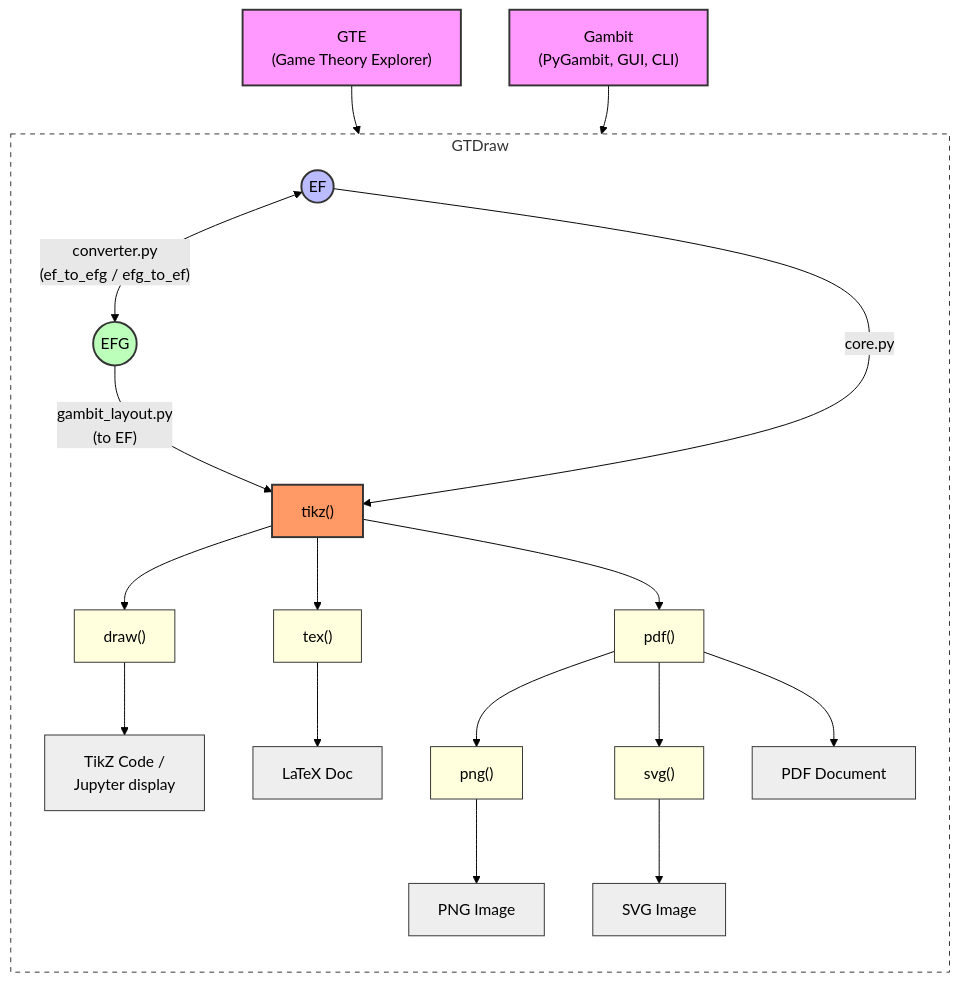
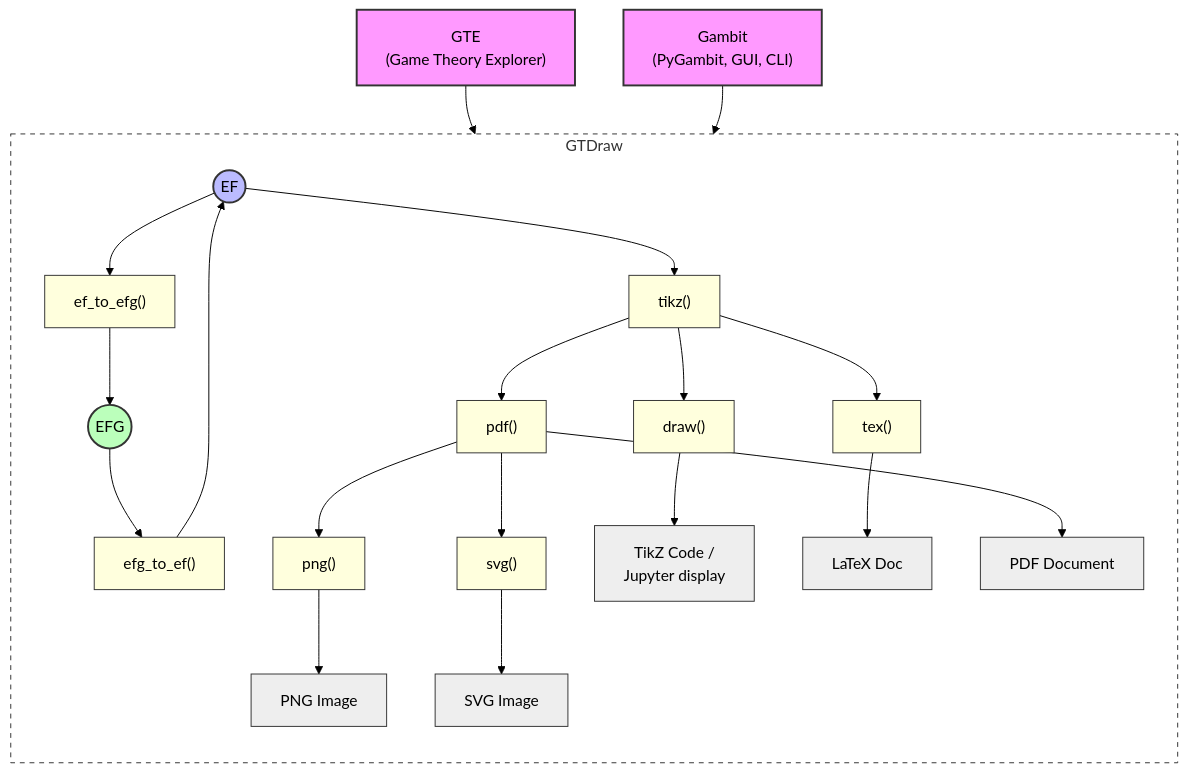
One commit to gambitproject/gtdraw changed the diagram in docs/creating_games.md. Above: the diagram before and after it, drawn with Mermaid (forest theme).

Commit message:
docs: update conversion flow diagram in creating_games.md

````diff
--- a/docs/creating_games.md
+++ b/docs/creating_games.md
@@ -12,51 +12,55 @@
 ```{mermaid}
 flowchart TD
     %% Source Inputs
     GTE["GTE <br/> (Game Theory Explorer)"] --> EF((EF))
     Gambit["Gambit <br/> (PyGambit, GUI, CLI)"] --> EFG((EFG))
 
     subgraph GTDraw
         direction TB
 
         %% Conversion Layer
-        EF <--> |"converter.py <br/> (ef_to_efg / efg_to_ef)"| EFG
+        EF --> ef_to_efg_fn["ef_to_efg()"]
+        ef_to_efg_fn --> EFG
+        EFG --> efg_to_ef_fn["efg_to_ef()"]
+        efg_to_ef_fn --> EF
 
         %% core.py entry point
-        EF --> |"core.py"| tikz_fn["tikz()"]
-        EFG --> |"gambit_layout.py <br/> (to EF)"| tikz_fn
+        EF --> tikz_fn["tikz()"]
 
         %% Functions that build directly on tikz()
         tikz_fn --> draw_fn["draw()"]
         tikz_fn --> tex_fn["tex()"]
         tikz_fn --> pdf_fn["pdf()"]
 
         %% Functions that build on pdf()
         pdf_fn --> png_fn["png()"]
         pdf_fn --> svg_fn["svg()"]
 
         %% Output nodes
         draw_fn --> OUT1["TikZ Code /<br/>Jupyter display"]
         tex_fn  --> OUT2[LaTeX Doc]
         pdf_fn  --> OUT3[PDF Document]
         png_fn  --> OUT4[PNG Image]
         svg_fn  --> OUT5[SVG Image]
     end
 
     %% Styling
     style GTE fill:#f9f,stroke:#333,stroke-width:2px
     style Gambit fill:#f9f,stroke:#333,stroke-width:2px
     style EF fill:#bbf,stroke:#333,stroke-width:2px
     style EFG fill:#bfb,stroke:#333,stroke-width:2px
-    style tikz_fn fill:#f96,stroke:#333,stroke-width:2px
+    style ef_to_efg_fn fill:#ffd,stroke:#333
+    style efg_to_ef_fn fill:#ffd,stroke:#333
+    style tikz_fn fill:#ffd,stroke:#333
     style draw_fn fill:#ffd,stroke:#333
     style tex_fn fill:#ffd,stroke:#333
     style pdf_fn fill:#ffd,stroke:#333
     style png_fn fill:#ffd,stroke:#333
     style svg_fn fill:#ffd,stroke:#333
     style GTDraw fill:#fff,stroke:#333,stroke-dasharray: 5 5
     style OUT1 fill:#eee,stroke:#333
     style OUT2 fill:#eee,stroke:#333
     style OUT3 fill:#eee,stroke:#333
     style OUT4 fill:#eee,stroke:#333
     style OUT5 fill:#eee,stroke:#333
 ```
````
